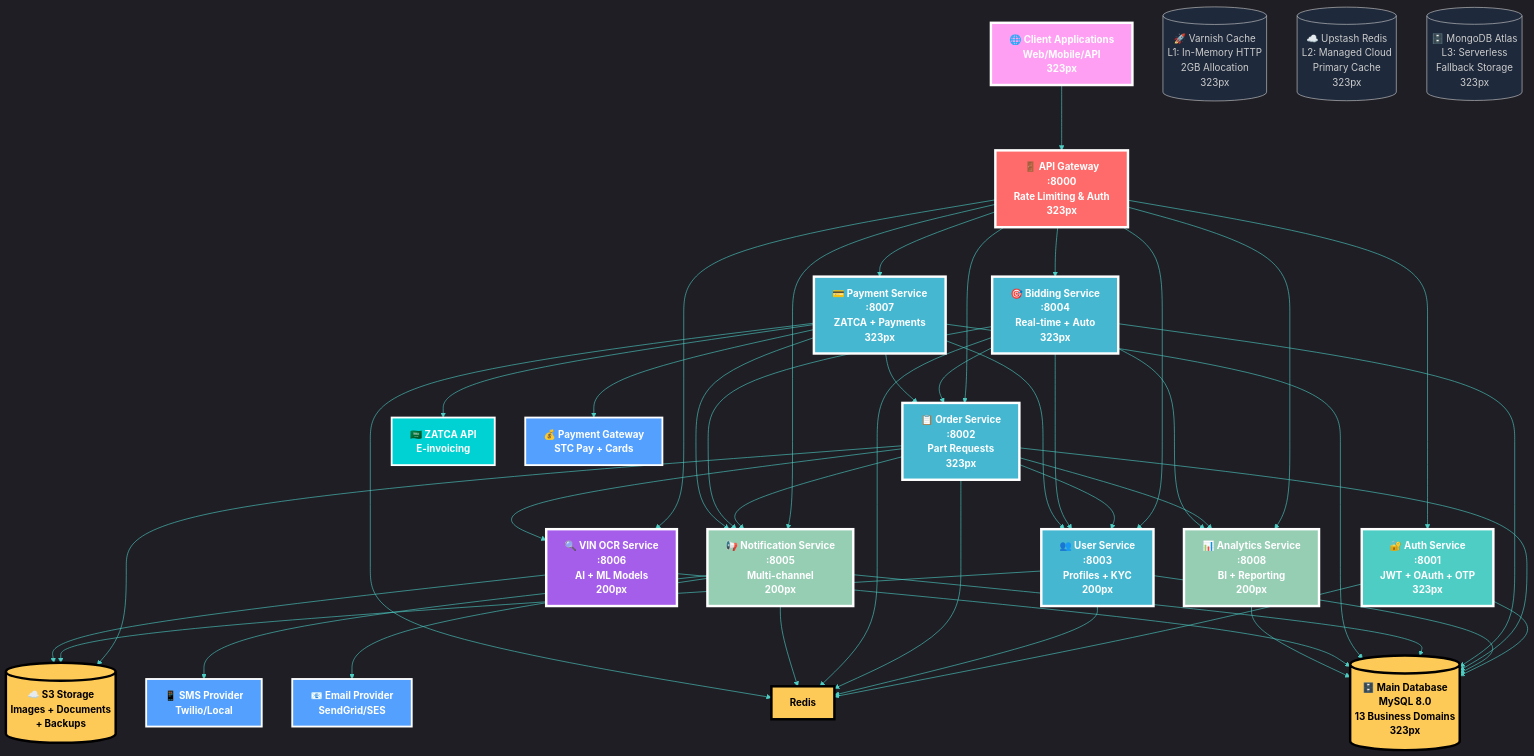
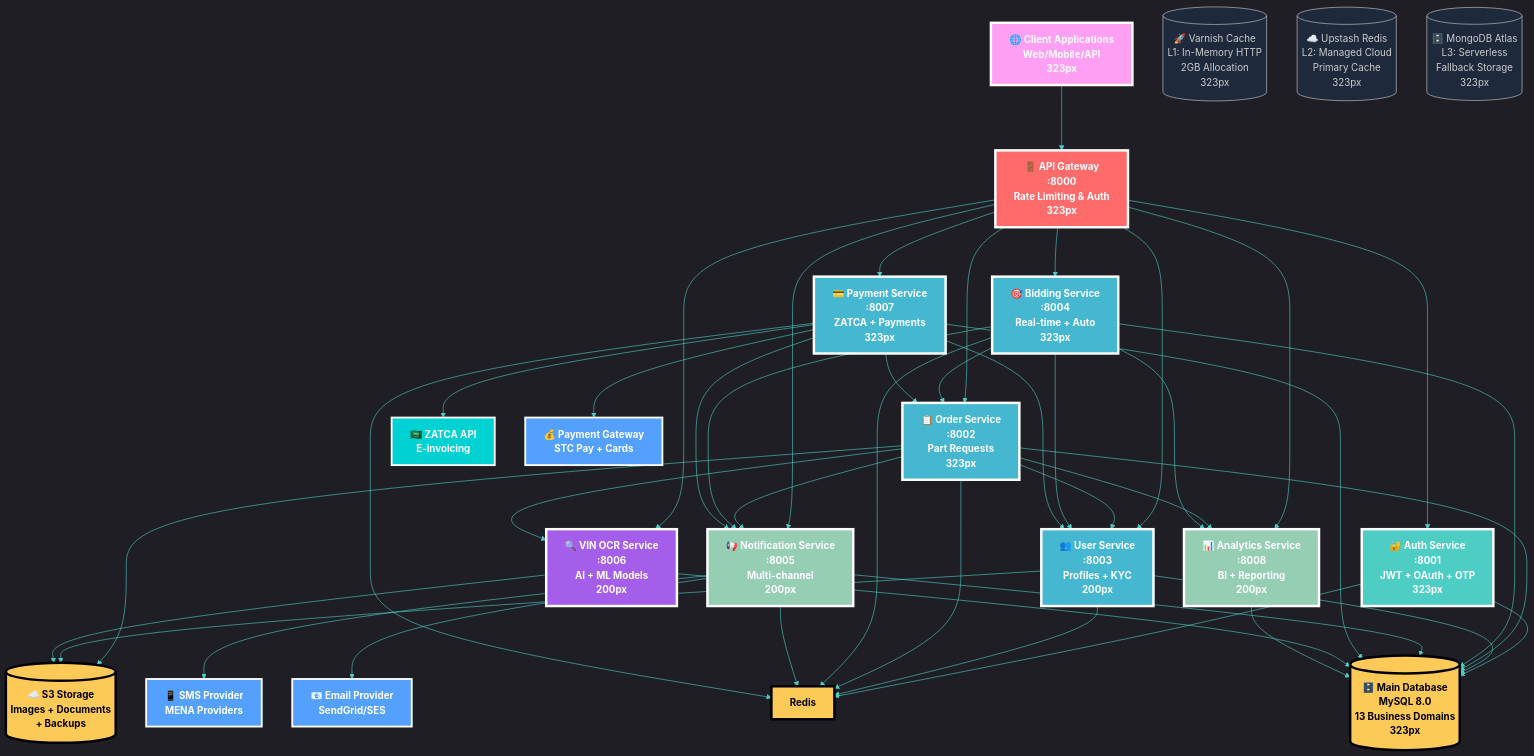
The first of 7 diagrams in diagrams/service-architecture.md (abdoElHodaky/larvrevrstender), drawn with Mermaid before and after one commit. The commit also changed 3 other files, not shown here.

First line of the commit message:
📚 DOCS: Update architecture diagrams and API docs to reflect MENA SMS providers

```diff
--- a/diagrams/service-architecture.md
+++ b/diagrams/service-architecture.md
@@ -73,7 +73,7 @@
     %% External APIs
     ZATCA[🇸🇦 ZATCA API<br/>E-invoicing]
     PaymentGW[💰 Payment Gateway<br/>STC Pay + Cards]
-    SMSProvider[📱 SMS Provider<br/>Twilio/Local]
+    SMSProvider[📱 SMS Provider<br/>MENA Providers]
     EmailProvider[📧 Email Provider<br/>SendGrid/SES]
     
     %% Client connections
```
